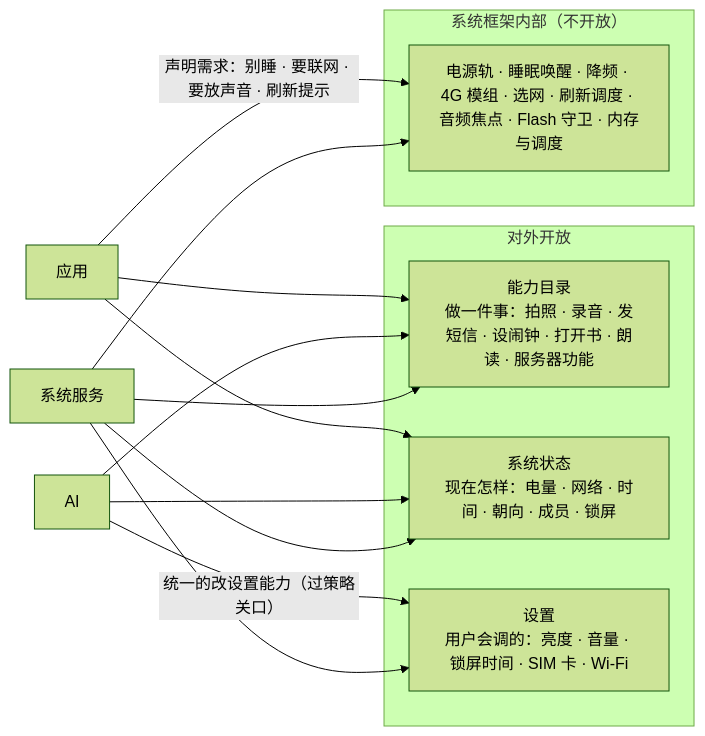
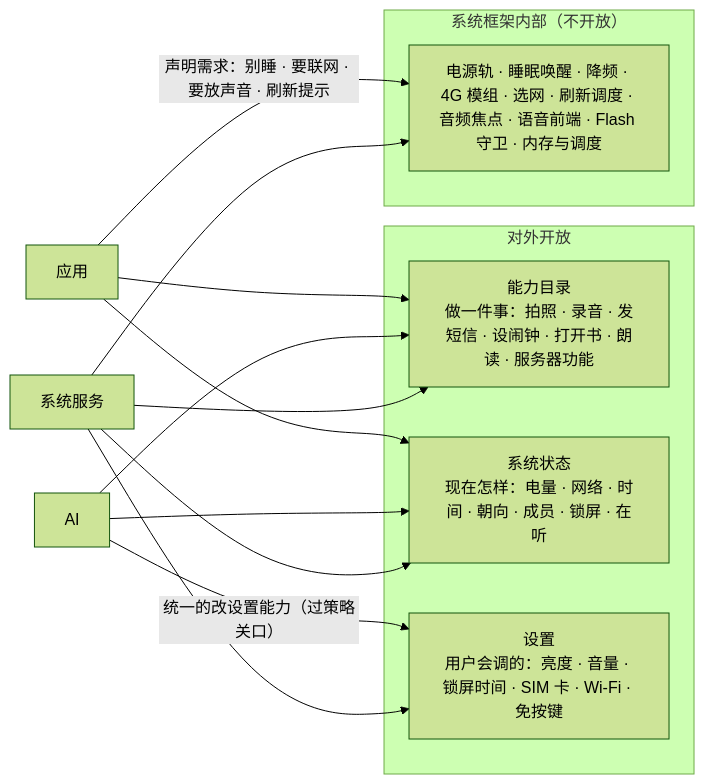
One commit to Gidean-zcx/ink changed the second of 6 diagrams in docs/system/system-architecture.md. Above: the diagram before and after it, drawn with Mermaid (forest theme). The commit also changed other lines of this file and 4 other files, not shown here.

First line of the commit message:
docs: architecture v1.0, D-52..D-54 decided, revisions folded into the body

````diff
--- a/docs/system/system-architecture.md
+++ b/docs/system/system-architecture.md
@@ -145,21 +161,21 @@
 ```mermaid
 flowchart LR
   subgraph OPEN["对外开放"]
     CAP["能力目录<br/>做一件事：拍照 · 录音 · 发短信 · 设闹钟 · 打开书 · 朗读 · 服务器功能"]
-    ST["系统状态<br/>现在怎样：电量 · 网络 · 时间 · 朝向 · 成员 · 锁屏"]
-    SET["设置<br/>用户会调的：亮度 · 音量 · 锁屏时间 · SIM 卡 · Wi-Fi"]
+    ST["系统状态<br/>现在怎样：电量 · 网络 · 时间 · 朝向 · 成员 · 锁屏 · 在听"]
+    SET["设置<br/>用户会调的：亮度 · 音量 · 锁屏时间 · SIM 卡 · Wi-Fi · 免按键"]
   end
   subgraph INNER["系统框架内部（不开放）"]
-    MECH["电源轨 · 睡眠唤醒 · 降频 · 4G 模组 · 选网 · 刷新调度 · 音频焦点 · Flash 守卫 · 内存与调度"]
+    MECH["电源轨 · 睡眠唤醒 · 降频 · 4G 模组 · 选网 · 刷新调度 · 音频焦点 · 语音前端 · Flash 守卫 · 内存与调度"]
   end
   APPS["应用"] --> CAP
   APPS --> ST
   APPS -- "声明需求：别睡 · 要联网 · 要放声音 · 刷新提示" --> MECH
   AIX["AI"] --> CAP
   AIX --> ST
   AIX -- "统一的改设置能力（过策略关口）" --> SET
   SVC["系统服务"] --> CAP
   SVC --> ST
   SVC --> SET
   SVC --> MECH
 ```
````
